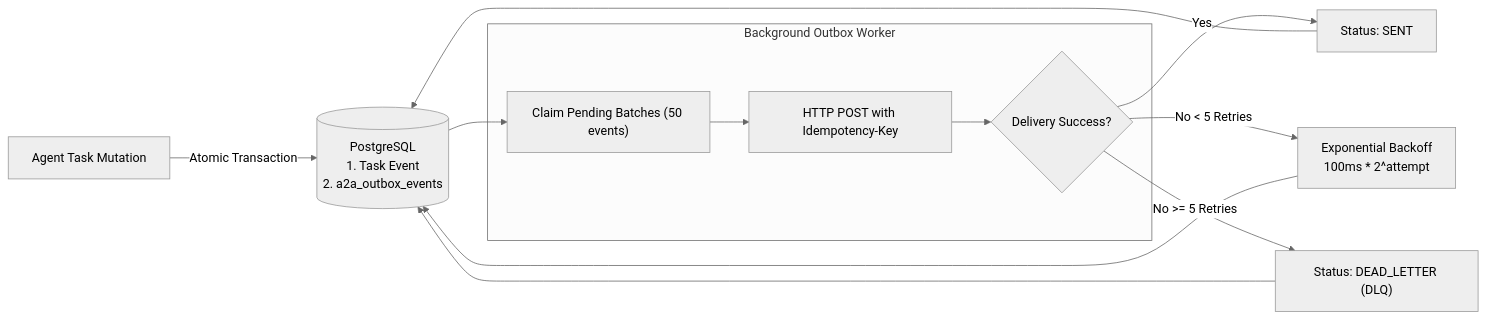
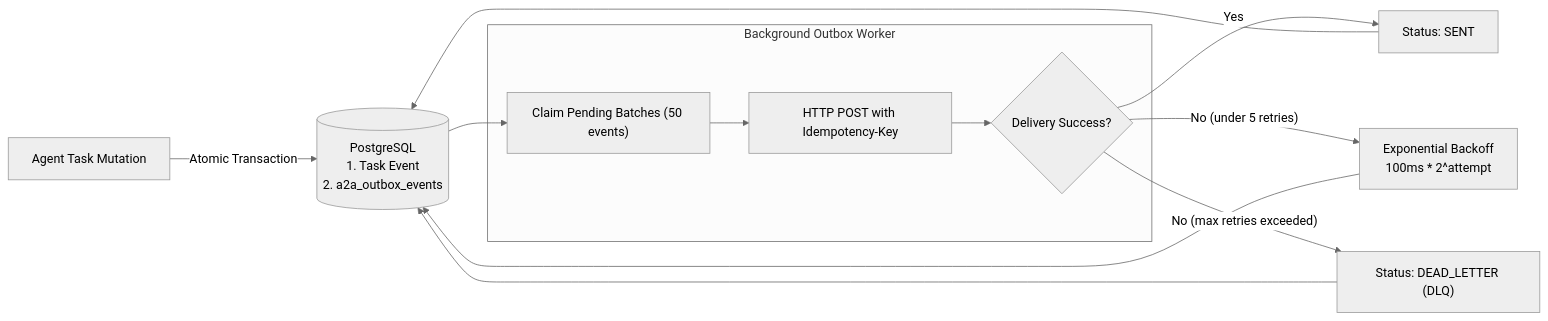
Before and after one commit to goroute-ai/goroute-ai.github.io: the third of 3 diagrams in docs/protocols/a2a-overview.md, drawn with Mermaid (neutral theme). The commit also changed other lines of this file and 13 other files, not shown here.

Commit message:
fix(docs): resolve Mermaid syntax errors and unquoted edge labels across guides

````diff
--- a/docs/protocols/a2a-overview.md
+++ b/docs/protocols/a2a-overview.md
@@ -127,21 +127,21 @@
 ```mermaid
 flowchart LR
     Task["Agent Task Mutation"] -->|Atomic Transaction| DB[("PostgreSQL<br/>1. Task Event<br/>2. a2a_outbox_events")]
     
     subgraph OutboxWorker["Background Outbox Worker"]
         Claim["Claim Pending Batches (50 events)"]
         HTTPPost["HTTP POST with Idempotency-Key"]
         RetryLogic{"Delivery Success?"}
     end
     
     DB --> Claim
     Claim --> HTTPPost
     HTTPPost --> RetryLogic
     RetryLogic -->|Yes| MarkSent["Status: SENT"]
-    RetryLogic -->|No &lt; 5 Retries| Backoff["Exponential Backoff<br/>100ms * 2^attempt"]
-    RetryLogic -->|No &gt;= 5 Retries| DLQ["Status: DEAD_LETTER (DLQ)"]
+    RetryLogic -->|"No (under 5 retries)"| Backoff["Exponential Backoff<br/>100ms * 2^attempt"]
+    RetryLogic -->|"No (max retries exceeded)"| DLQ["Status: DEAD_LETTER (DLQ)"]
     
     MarkSent --> DB
     Backoff --> DB
     DLQ --> DB
 ```
````
